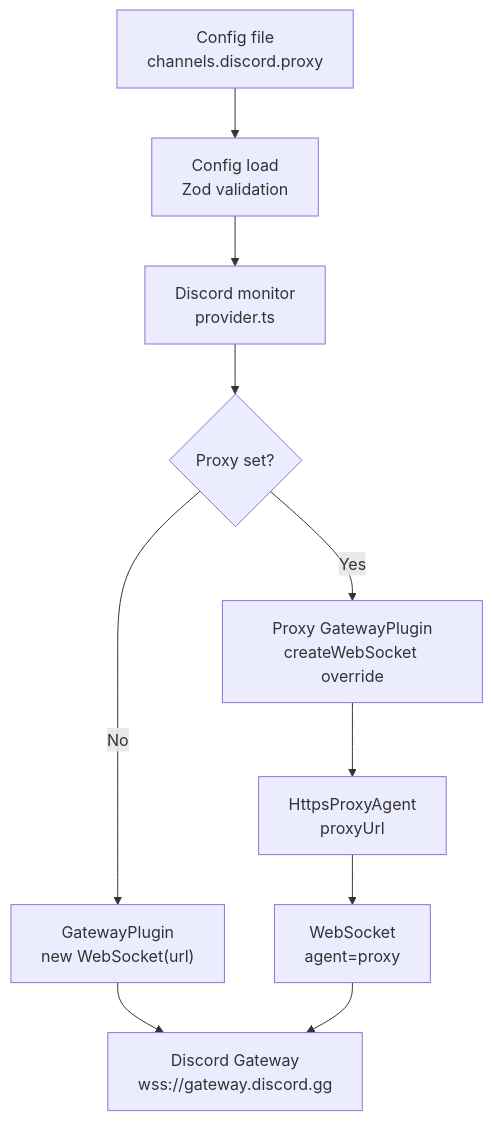
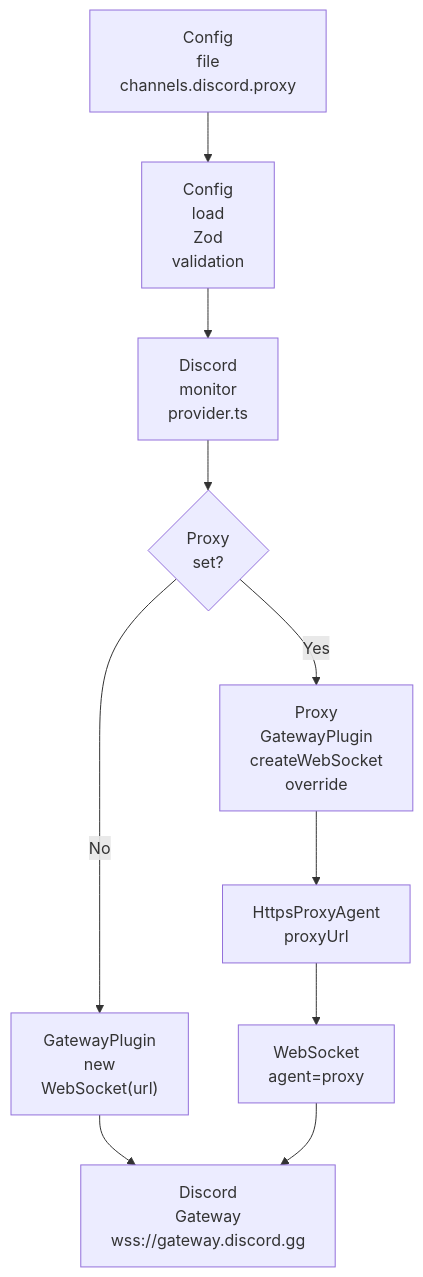
Before and after one commit to winter-loo/devnotes: the diagram in content/openclaw/discord_gateway_proxy_support.md, drawn with Mermaid.

Commit message:
Adjust mermaid labels to use line breaks

````diff
--- a/content/openclaw/discord_gateway_proxy_support.md
+++ b/content/openclaw/discord_gateway_proxy_support.md
@@ -99,12 +99,12 @@
 ```mermaid
 flowchart TB
-    cfg["Config file\nchannels.discord.proxy"] --> validate["Config load\nZod validation"]
-    validate --> monitor["Discord monitor\nprovider.ts"]
-    monitor --> decision{Proxy set?}
-    decision -- No --> gwDefault["GatewayPlugin\nnew WebSocket(url)"]
-    decision -- Yes --> gwCustom["Proxy GatewayPlugin\ncreateWebSocket override"]
-    gwCustom --> agent["HttpsProxyAgent\nproxyUrl"]
-    agent --> wsProxy["WebSocket\nagent=proxy"]
-    gwDefault --> gateway["Discord Gateway\nwss://gateway.discord.gg"]
+    cfg["Config<br/>file<br/>channels.discord.proxy"] --> validate["Config<br/>load<br/>Zod<br/>validation"]
+    validate --> monitor["Discord<br/>monitor<br/>provider.ts"]
+    monitor --> decision{Proxy<br/>set?}
+    decision -- No --> gwDefault["GatewayPlugin<br/>new<br/>WebSocket(url)"]
+    decision -- Yes --> gwCustom["Proxy<br/>GatewayPlugin<br/>createWebSocket<br/>override"]
+    gwCustom --> agent["HttpsProxyAgent<br/>proxyUrl"]
+    agent --> wsProxy["WebSocket<br/>agent=proxy"]
+    gwDefault --> gateway["Discord<br/>Gateway<br/>wss://gateway.discord.gg"]
     wsProxy --> gateway
 ```
````
